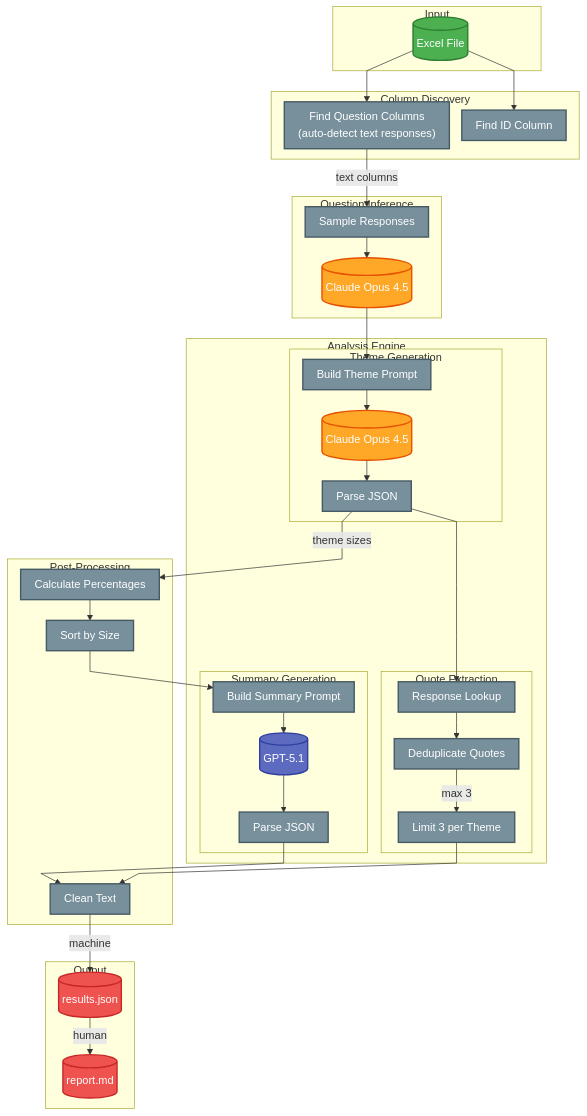
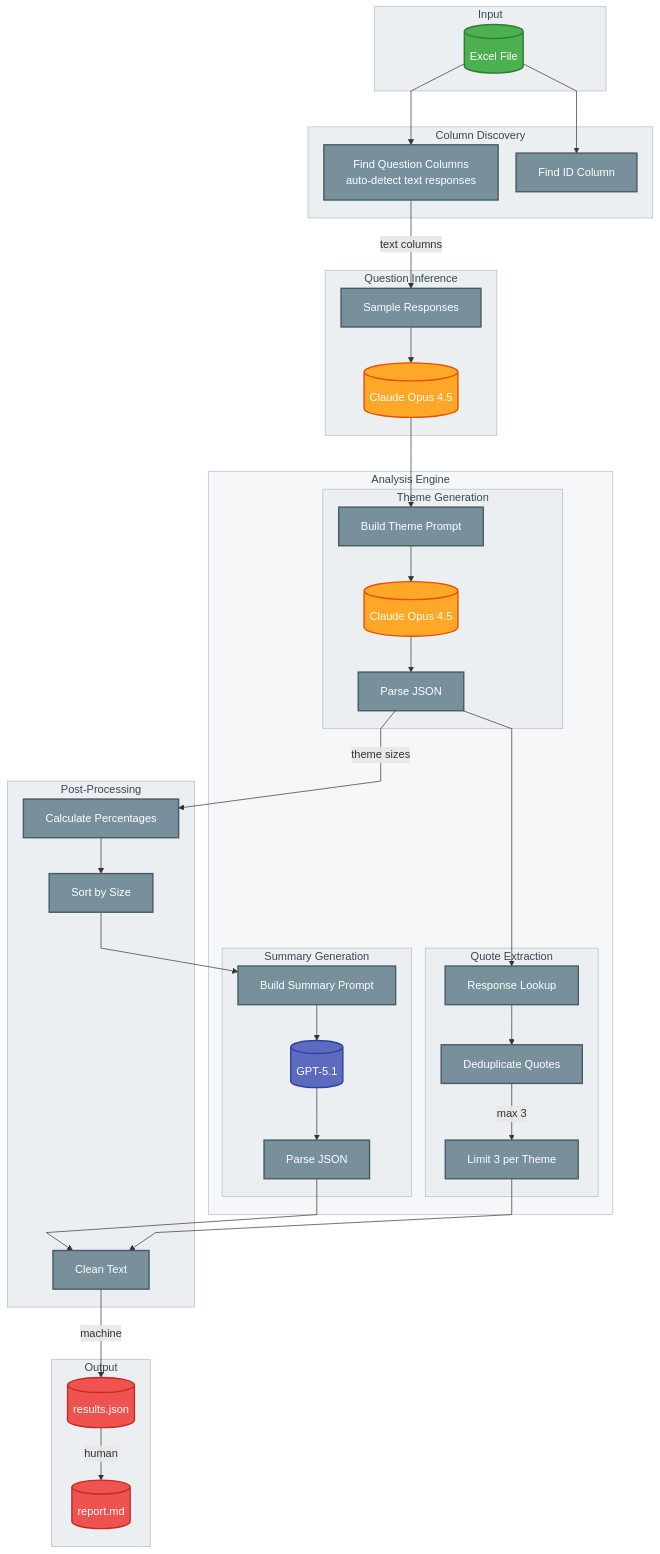
The diagram in README.md (jameswniu/customer-survey-qualitative-thematic-analysis), drawn with Mermaid before and after one commit.

Commit message:
Space the graph so group titles clear the edges, and neutralize subgraph fills

````diff
--- a/README.md
+++ b/README.md
@@ -35,5 +35,5 @@
 ```mermaid
-%%{init: {'flowchart': {'curve': 'linear', 'nodeSpacing': 18, 'rankSpacing': 30, 'padding': 10}}}%%
+%%{init: {'flowchart': {'curve': 'linear', 'nodeSpacing': 26, 'rankSpacing': 52, 'padding': 16}}}%%
 flowchart TB
     subgraph Input["Input"]
         EXCEL[("Excel File")]
@@ -41,7 +41,7 @@
 
     subgraph Discovery["Column Discovery"]
         FIND_ID["Find ID Column"]
-        FIND_QS["Find Question Columns<br/>(auto-detect text responses)"]
+        FIND_QS["Find Question Columns<br/>auto-detect text responses"]
     end
 
     subgraph Inference["Question Inference"]
@@ -117,4 +117,14 @@
     class INFER,CLAUDE1 claude
     class GPT1 gpt
     class JSON,MD out
+
+    style Input fill:#eceff1,stroke:#b0bec5,stroke-width:1px,color:#37474F
+    style Discovery fill:#eceff1,stroke:#b0bec5,stroke-width:1px,color:#37474F
+    style Inference fill:#eceff1,stroke:#b0bec5,stroke-width:1px,color:#37474F
+    style Analysis fill:#f5f7f8,stroke:#b0bec5,stroke-width:1px,color:#37474F
+    style ThemeGen fill:#eceff1,stroke:#b0bec5,stroke-width:1px,color:#37474F
+    style QuoteExt fill:#eceff1,stroke:#b0bec5,stroke-width:1px,color:#37474F
+    style SummaryGen fill:#eceff1,stroke:#b0bec5,stroke-width:1px,color:#37474F
+    style Processing fill:#eceff1,stroke:#b0bec5,stroke-width:1px,color:#37474F
+    style Output fill:#eceff1,stroke:#b0bec5,stroke-width:1px,color:#37474F
 ```
````
